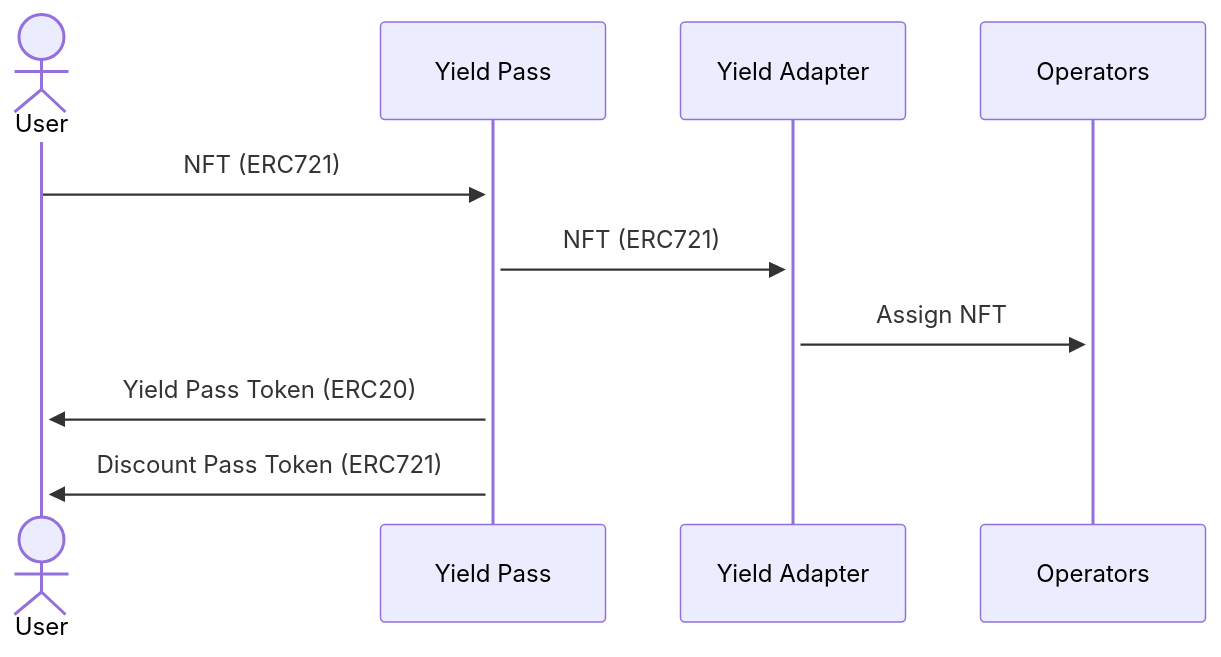
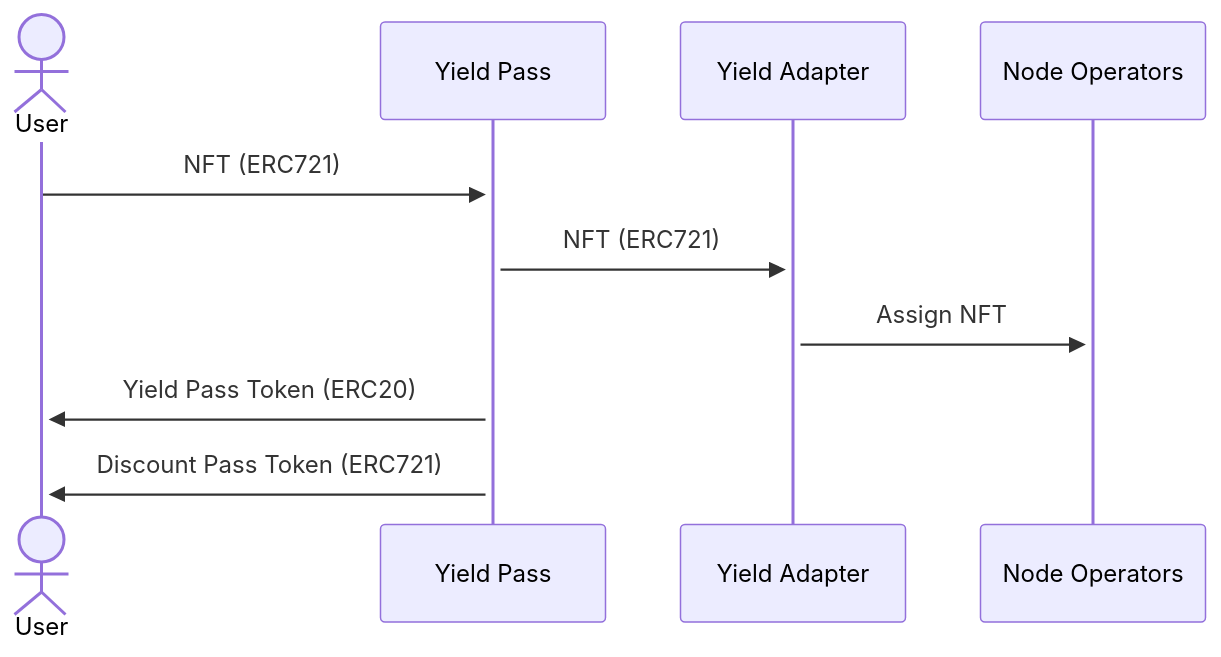
One commit to metastreet-labs/metastreet-yield-pass changed the first of 5 diagrams in docs/DESIGN.md. Above: the diagram before and after it, drawn with Mermaid. The commit also changed other lines of this file and 14 other files, not shown here.

````diff
--- a/docs/DESIGN.md
+++ b/docs/DESIGN.md
@@ -45,9 +45,9 @@
 ```mermaid
 sequenceDiagram
     actor User
     User->>+Yield Pass: NFT (ERC721)
     Yield Pass->>+Yield Adapter: NFT (ERC721)
-    Yield Adapter->>+Operators: Assign NFT
+    Yield Adapter->>+Node Operators: Assign NFT
     Yield Pass->>+User: Yield Pass Token (ERC20)
     Yield Pass->>+User: Discount Pass Token (ERC721)
 ```
````
